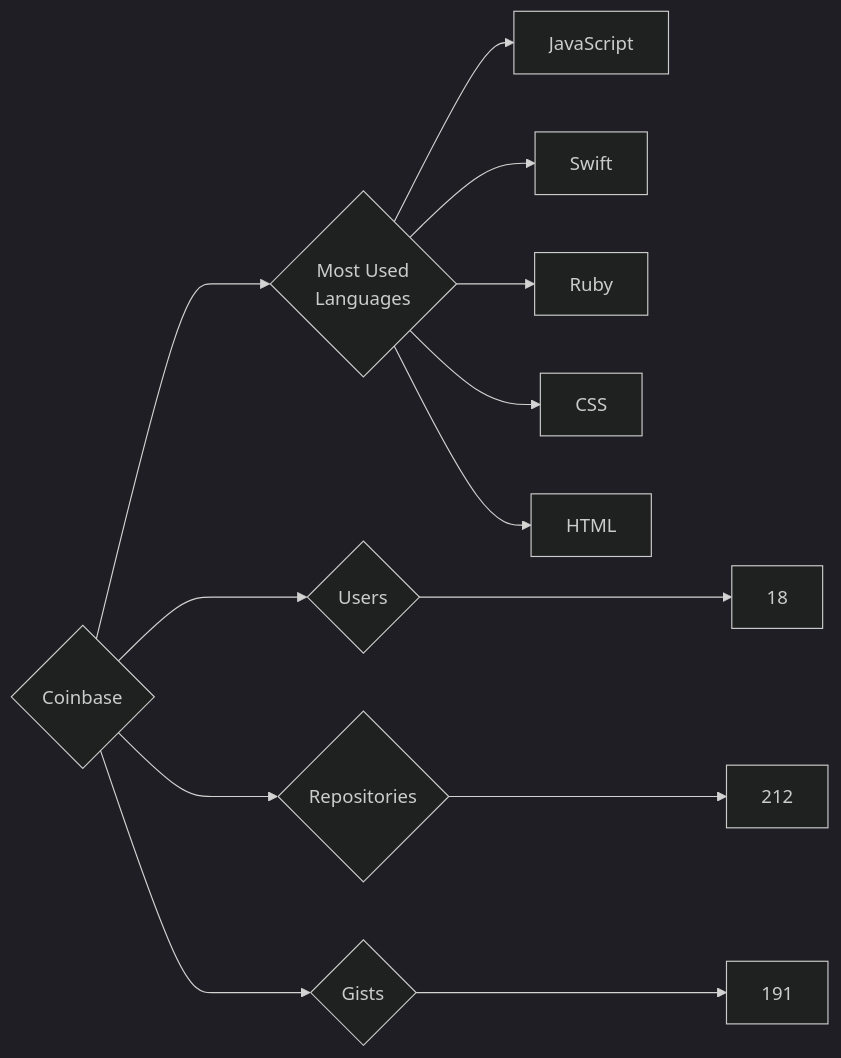
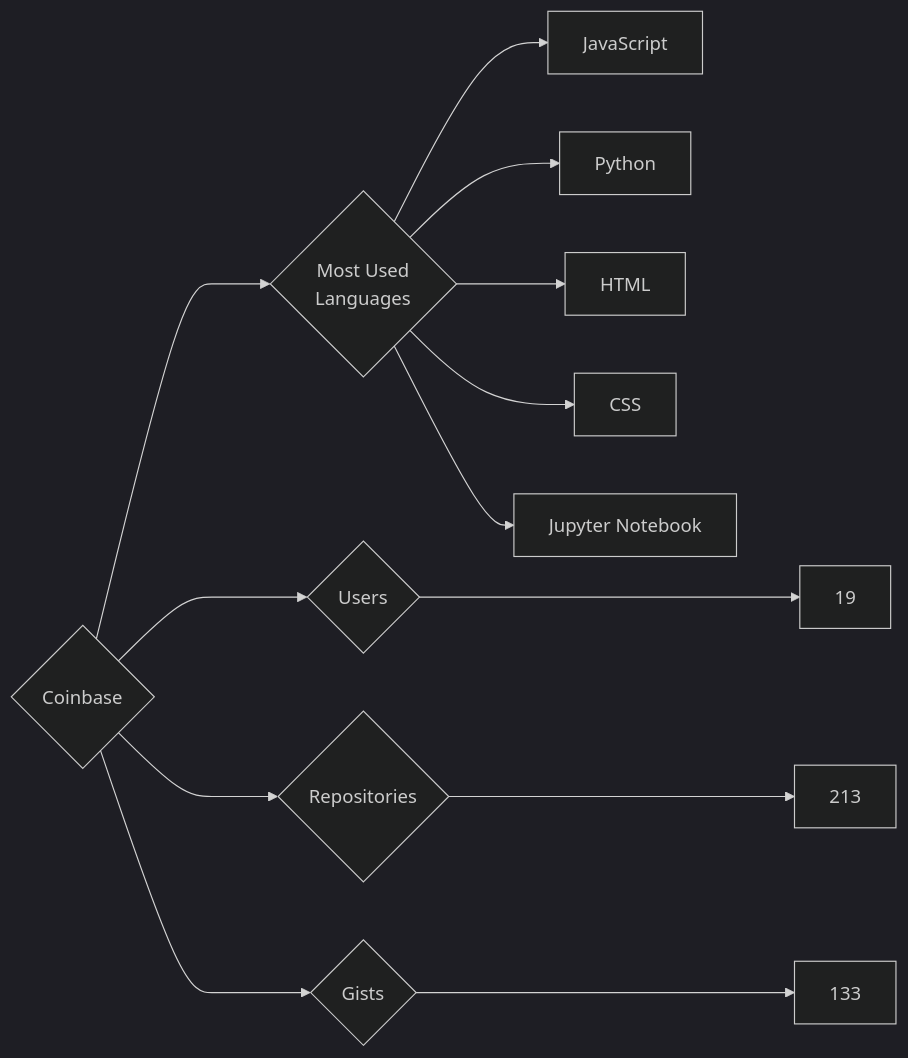
The diagram in targets/Coinbase/README.md (trickest/insiders), drawn with Mermaid (dark theme) before and after one commit. The commit also changed 953 other files, not shown here.

````diff
--- a/targets/Coinbase/README.md
+++ b/targets/Coinbase/README.md
@@ -3,13 +3,13 @@
 ```mermaid
 graph LR
 COMPANY_NAME{Coinbase}
-COMPANY_NAME ---> U{Users} ---> UN[18]
-COMPANY_NAME ---> R{Repositories} ---> RN[212]
-COMPANY_NAME ---> G{Gists} ---> GN[191]
+COMPANY_NAME ---> U{Users} ---> UN[19]
+COMPANY_NAME ---> R{Repositories} ---> RN[213]
+COMPANY_NAME ---> G{Gists} ---> GN[133]
 COMPANY_NAME ---> ML{Most Used<br>Languages}
 ML --> JavaScript[JavaScript]
-ML --> Swift[Swift]
-ML --> Ruby[Ruby]
+ML --> Python[Python]
+ML --> HTML[HTML]
 ML --> CSS[CSS]
-ML --> HTML[HTML]
+ML --> Jupyter_Notebook[Jupyter Notebook]
 ```
````
